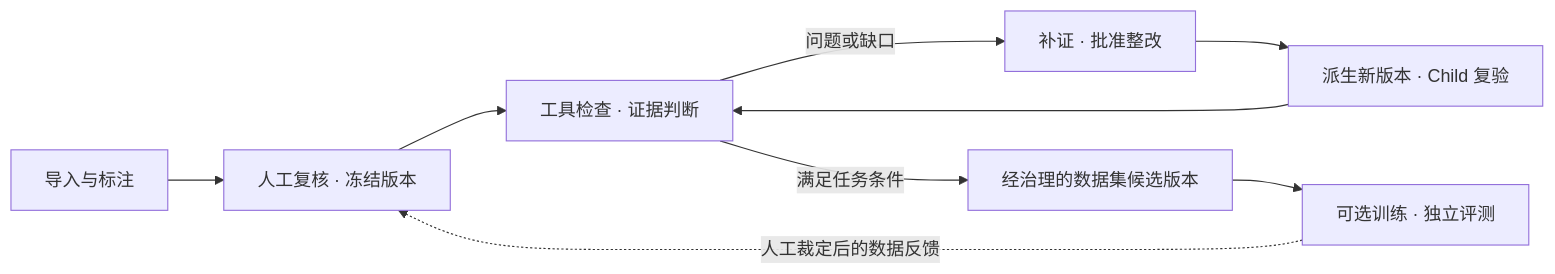
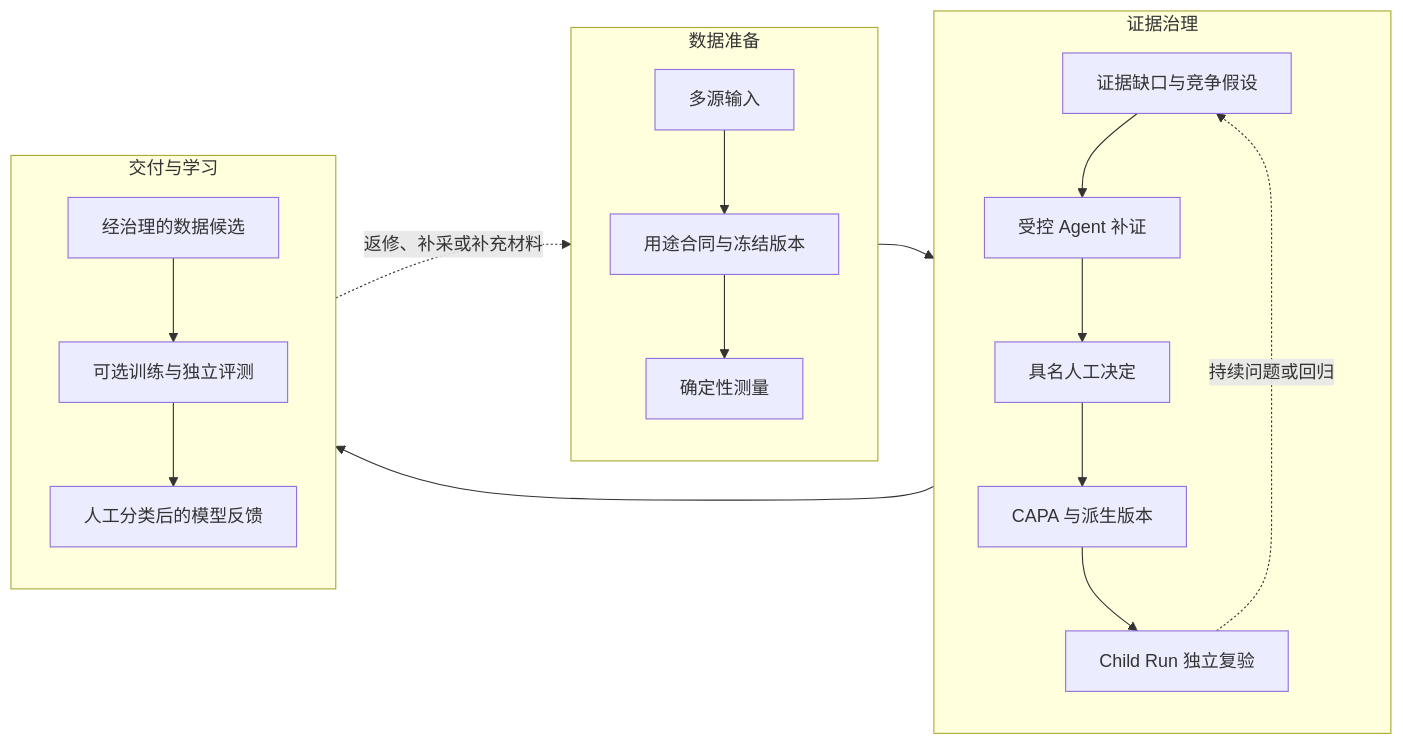
The diagram in README.md (dukeandBaron/visiondata-gate), drawn with Mermaid before and after one commit. The commit also changed other lines of this file, not shown here.

````diff
--- a/README.md
+++ b/README.md
@@ -81,11 +93,27 @@
 ```mermaid
 flowchart LR
-  A["导入与标注"] --> B["人工复核 · 冻结版本"]
-  B --> C["工具检查 · 证据判断"]
-  C -->|"问题或缺口"| D["补证 · 批准整改"]
-  D --> E["派生新版本 · Child 复验"]
-  E --> C
-  C -->|"满足任务条件"| F["经治理的数据集候选版本"]
-  F --> G["可选训练 · 独立评测"]
-  G -.->|"人工裁定后的数据反馈"| B
+  subgraph PREPARE["数据准备"]
+    direction TB
+    A["多源输入"] --> B["用途合同与冻结版本"]
+    B --> C["确定性测量"]
+  end
+
+  subgraph GOVERN["证据治理"]
+    direction TB
+    D["证据缺口与竞争假设"] --> E["受控 Agent 补证"]
+    E --> F["具名人工决定"]
+    F --> G["CAPA 与派生版本"]
+    G --> H["Child Run 独立复验"]
+  end
+
+  subgraph DELIVER["交付与学习"]
+    direction TB
+    I["经治理的数据候选"] --> J["可选训练与独立评测"]
+    J --> K["人工分类后的模型反馈"]
+  end
+
+  C --> D
+  H --> I
+  H -.->|持续问题或回归| D
+  K -.->|返修、补采或补充材料| B
 ```
````
